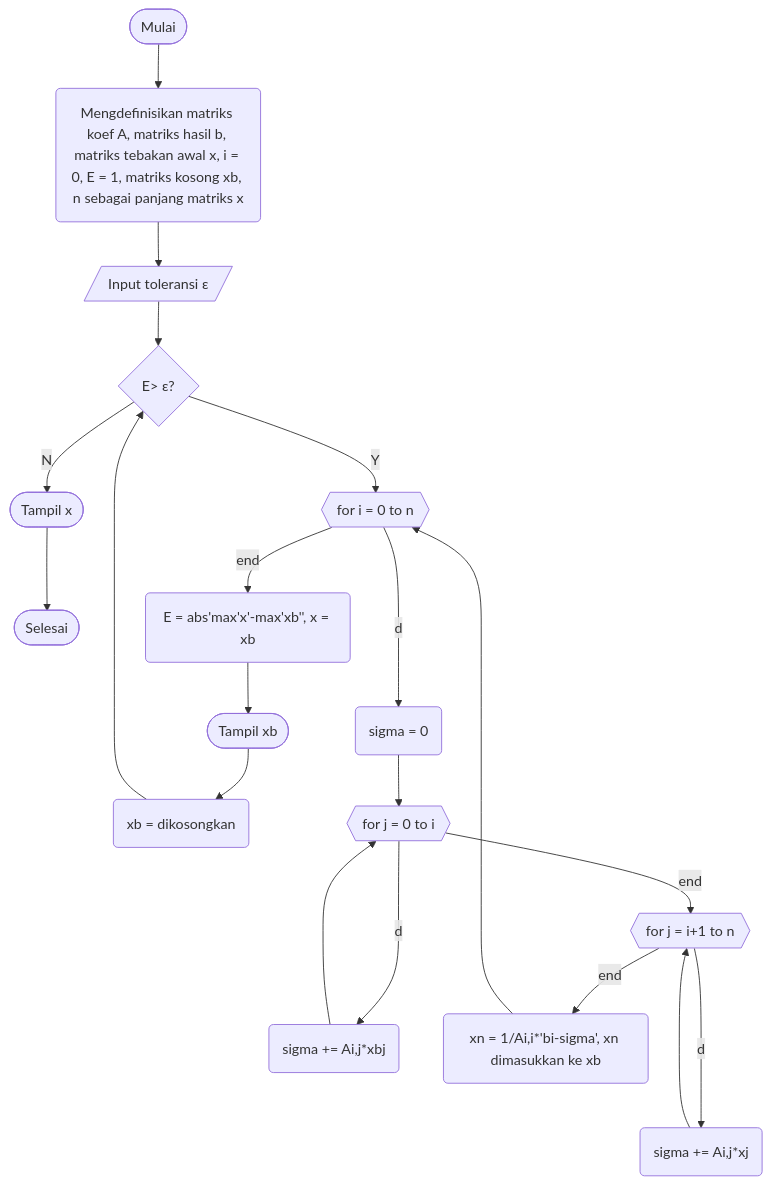
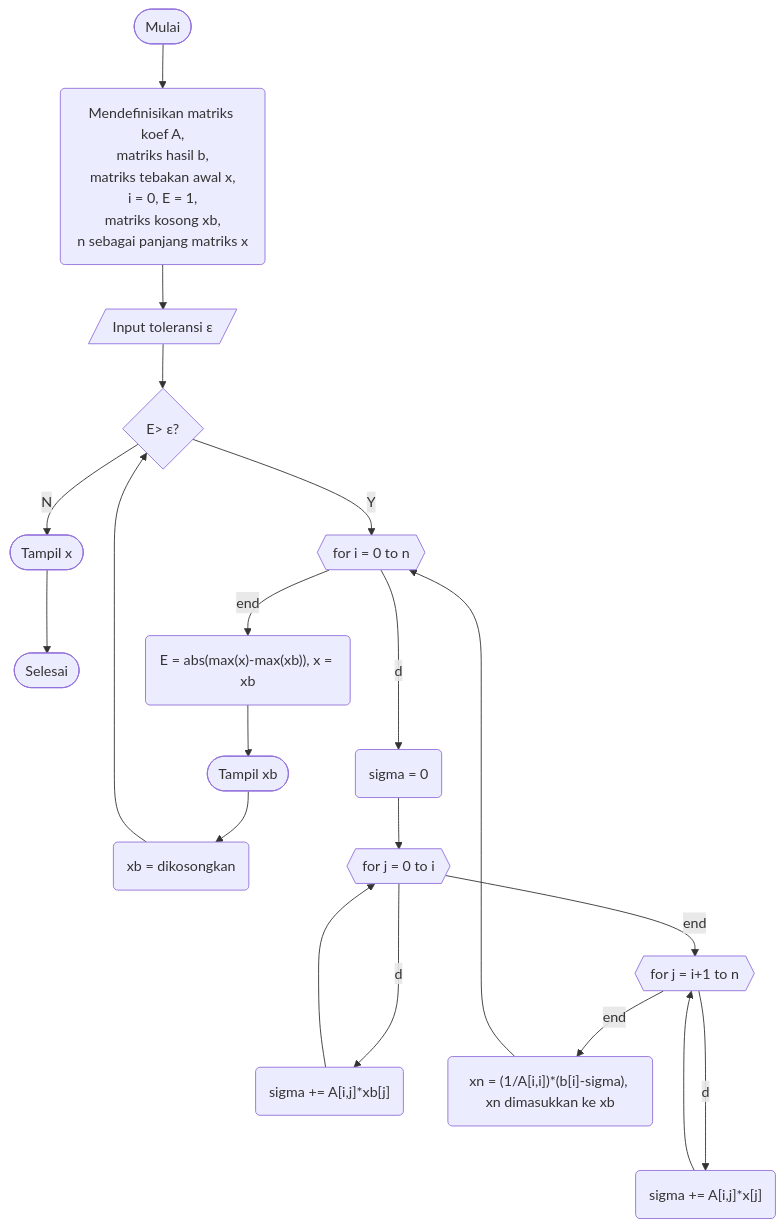
One commit to yozoracaelum/KN-M3 changed the second of 3 diagrams in README.md. Above: the diagram before and after it, drawn with Mermaid. The commit also changed other lines of this file, not shown here.

````diff
--- a/README.md
+++ b/README.md
@@ -27,22 +27,22 @@
 ```mermaid
 graph TD;
-    A([Mulai])-->B(Mengdefinisikan matriks koef A, matriks hasil b, matriks tebakan awal x, i = 0, E = 1, matriks kosong xb, n sebagai panjang matriks x);
+    A([Mulai])-->B(Mendefinisikan matriks koef A,<br/>matriks hasil b,<br/>matriks tebakan awal x,<br/>i = 0, E = 1,<br/>matriks kosong xb,<br/>n sebagai panjang matriks x);
     B-->C[/Input toleransi ε/];
     C-->D{E> ε?};
     D--Y-->E{{for i = 0 to n}};
     D--N-->O([Tampil x]);
     O-->P([Selesai]);
-    E--end-->L(E = abs'max'x'-max'xb'', x = xb);
+    E--end-->L("E = abs(max(x)-max(xb)), x = xb");
     L-->M([Tampil xb]);
     M-->N(xb = dikosongkan);
     N-->D;
     E--do-->F(sigma = 0);
     F-->G{{for j = 0 to i}}
-    G--do-->H(sigma += Ai,j*xbj);
+    G--do-->H("sigma += A[i,j]*xb[j]");
     H-->G;
     G--end-->I{{for j = i+1 to n}};
-    I--do-->J(sigma += Ai,j*xj);
+    I--do-->J("sigma += A[i,j]*x[j]");
     J-->I;
-    I--end-->K(xn = 1/Ai,i*'bi-sigma', xn dimasukkan ke xb);
+    I--end-->K("xn = (1/A[i,i])*(b[i]-sigma), xn dimasukkan ke xb");
     K-->E;
 ```
````
